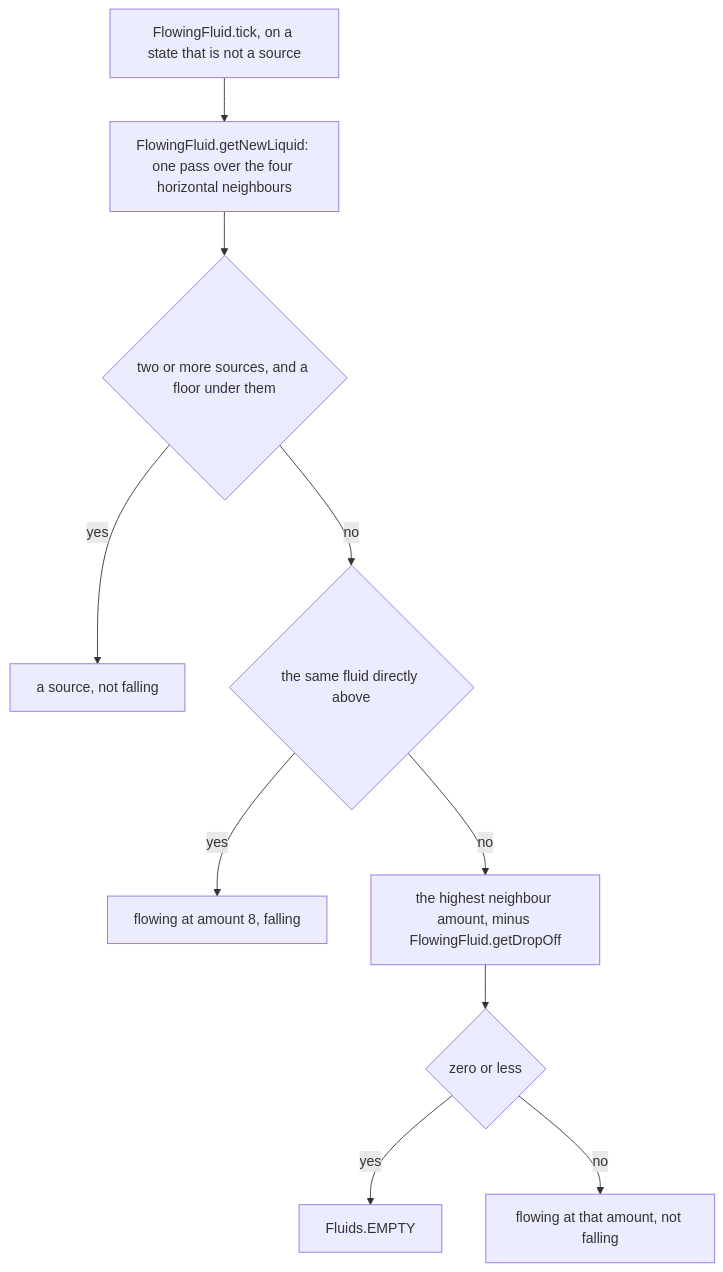
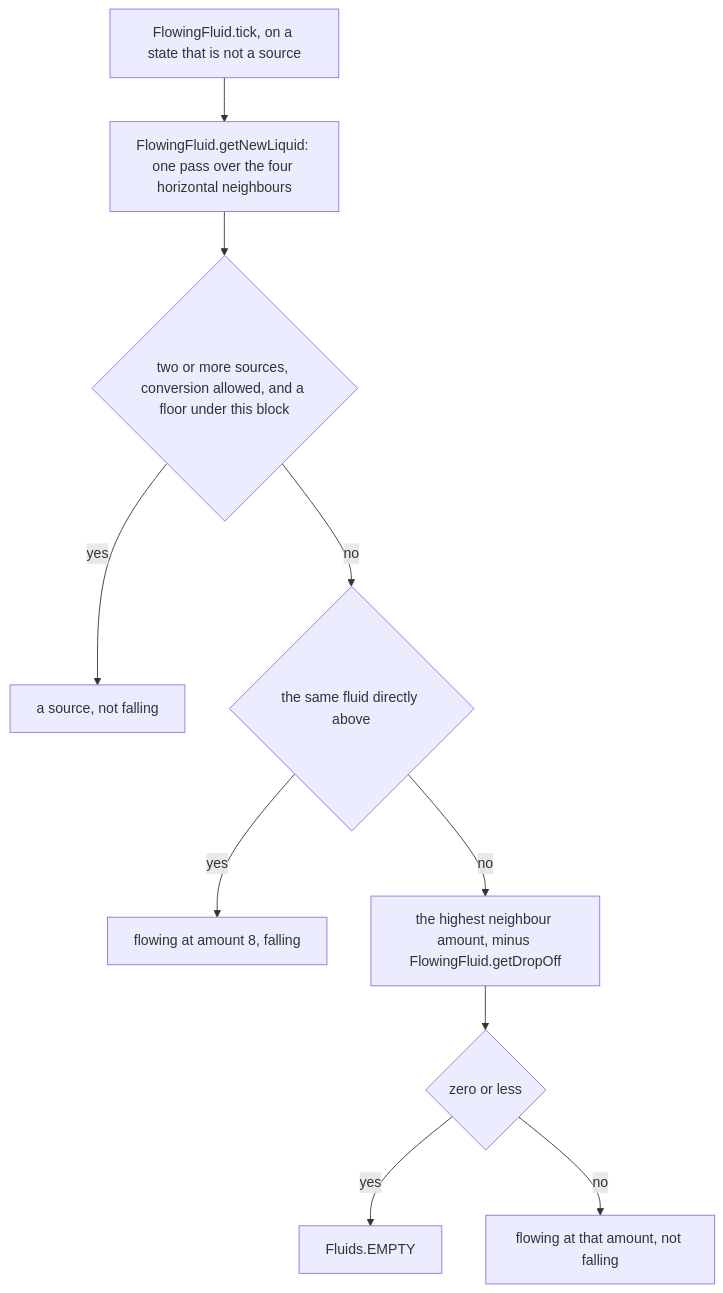
Before and after one commit to AlexanderjFraser/MinecraftDocs: the second of 3 diagrams in src/systems/world/fluids.md, drawn with Mermaid. The commit also changed other lines of this file and 20 other files, not shown here.

````diff
--- a/src/systems/world/fluids.md
+++ b/src/systems/world/fluids.md
@@ -216,13 +219,13 @@
 ```mermaid
 flowchart TD
     T["FlowingFluid.tick, on a state that is not a source"]
     T --> SCAN["FlowingFluid.getNewLiquid: one pass over the four horizontal neighbours"]
-    SCAN --> B1{"two or more sources, and a floor under them"}
+    SCAN --> B1{"two or more sources, conversion allowed, and a floor under this block"}
     B1 -- yes --> SRC["a source, not falling"]
     B1 -- no --> B2{"the same fluid directly above"}
     B2 -- yes --> FALL["flowing at amount 8, falling"]
     B2 -- no --> B3["the highest neighbour amount, minus FlowingFluid.getDropOff"]
     B3 --> Z{"zero or less"}
     Z -- yes --> EMPTY["Fluids.EMPTY"]
     Z -- no --> FLOW["flowing at that amount, not falling"]
 ```
````
